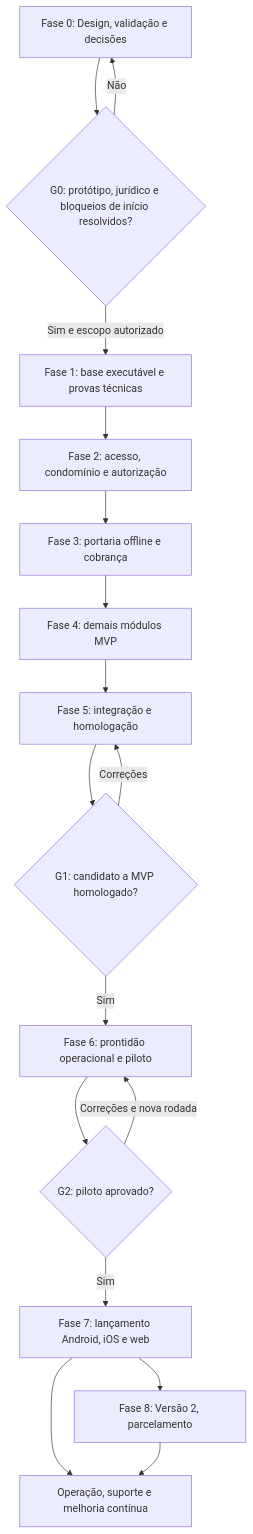
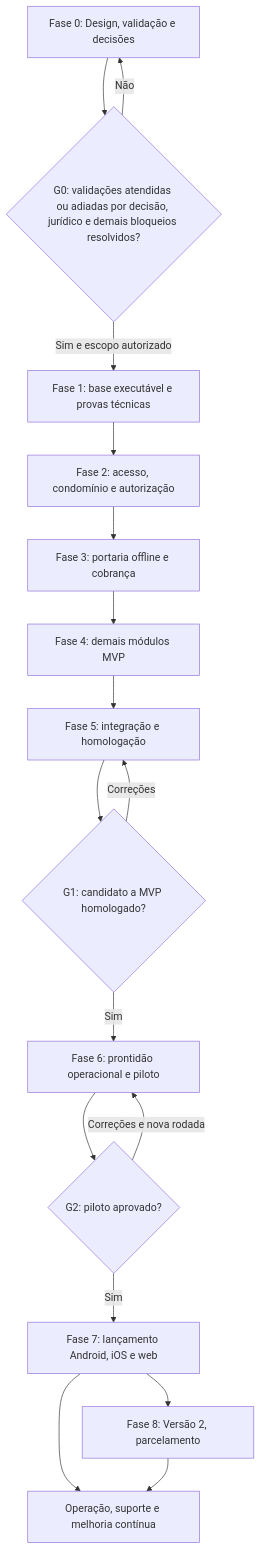
The diagram in docs/roadmap.md (pedrolems/CondomiFacil), drawn with Mermaid before and after one commit. The commit also changed other lines of this file and 3 other files, not shown here.

````diff
--- a/docs/roadmap.md
+++ b/docs/roadmap.md
@@ -104,19 +104,19 @@
 ```mermaid
 flowchart TD
-    A["Fase 0: Design, validação e decisões"] --> G0{"G0: protótipo, jurídico e bloqueios de início resolvidos?"}
+    A["Fase 0: Design, validação e decisões"] --> G0{"G0: validações atendidas ou adiadas por decisão, jurídico e demais bloqueios resolvidos?"}
     G0 -->|Não| A
     G0 -->|Sim e escopo autorizado| B["Fase 1: base executável e provas técnicas"]
     B --> C["Fase 2: acesso, condomínio e autorização"]
     C --> D["Fase 3: portaria offline e cobrança"]
     D --> E["Fase 4: demais módulos MVP"]
     E --> F["Fase 5: integração e homologação"]
     F --> G1{"G1: candidato a MVP homologado?"}
     G1 -->|Correções| F
     G1 -->|Sim| H["Fase 6: prontidão operacional e piloto"]
     H --> G2{"G2: piloto aprovado?"}
     G2 -->|Correções e nova rodada| H
     G2 -->|Sim| I["Fase 7: lançamento Android, iOS e web"]
     I --> J["Operação, suporte e melhoria contínua"]
     I --> K["Fase 8: Versão 2, parcelamento"]
     K --> J
 ```
````
